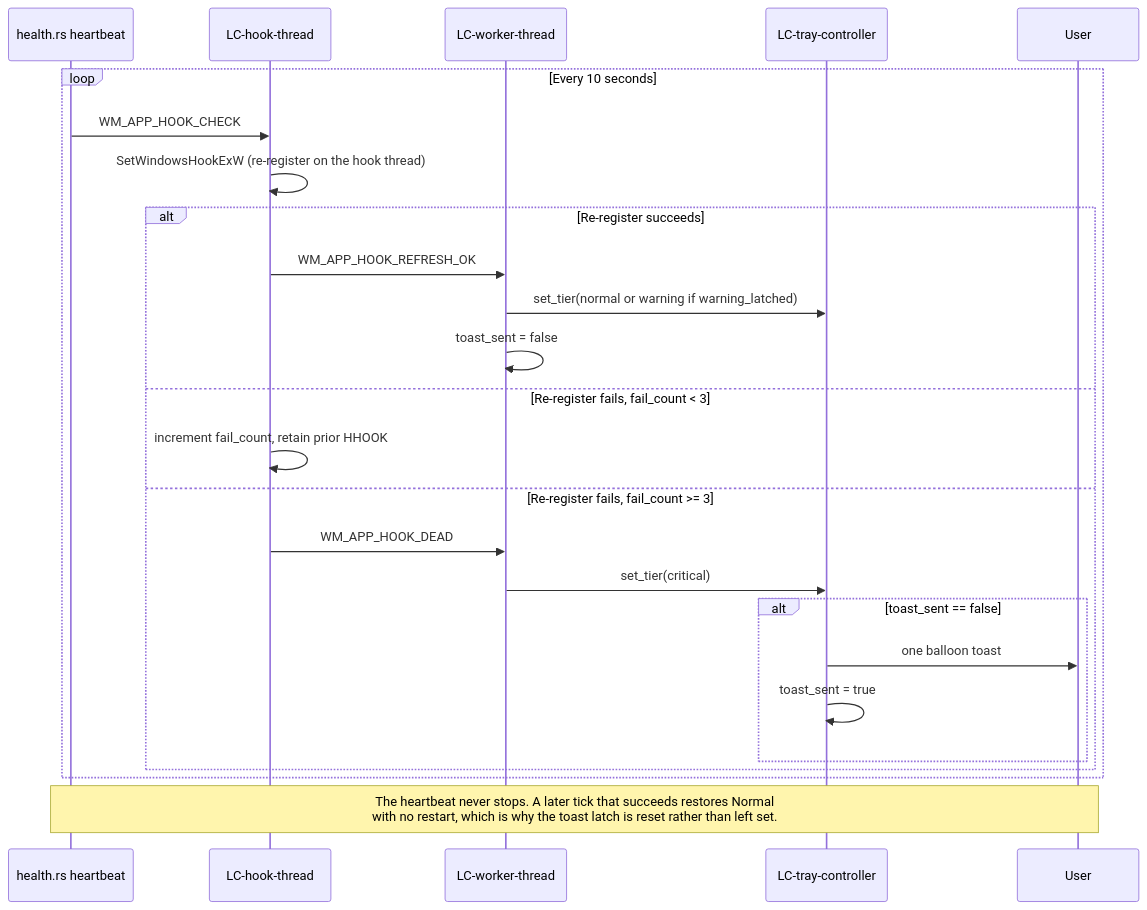
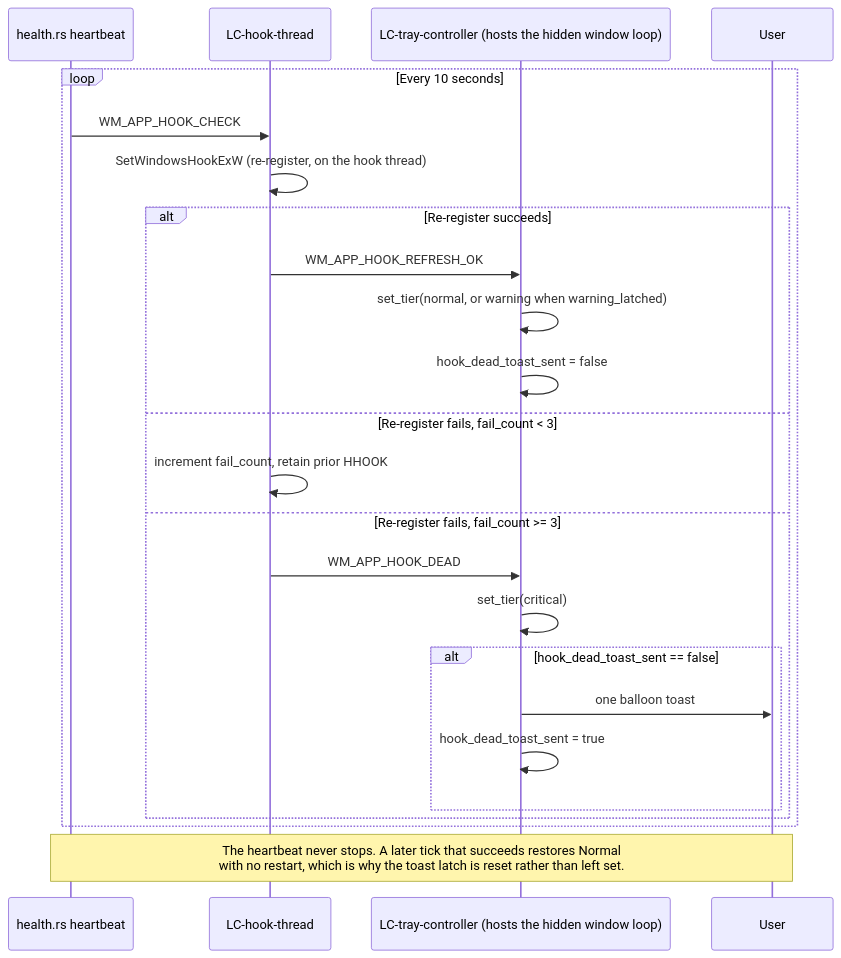
The diagram in .how/window-management/06-flows/flow-hook-death-tier3.md (wiradigitalid/wira-desk), drawn with Mermaid before and after one commit. The commit also changed 1 other file, not shown here.

Commit message:
fix(corpus): route the hook health messages to the actor that handles them
The re-review after the previous round caught one I had left standing and one I
had introduced: the Tier-3 flow and the recovery scenario both had the hook
thread posting WM_APP_HOOK_DEAD and WM_APP_HOOK_REFRESH_OK to the worker, and
the worker driving the tray. tray.rs owns the hidden window's message loop and
handles both messages there; the SDD's own dependency diagram already said so.
The code's variable is named worker_hwnd, which is where the confusion came from.

````diff
--- a/.how/window-management/06-flows/flow-hook-death-tier3.md
+++ b/.how/window-management/06-flows/flow-hook-death-tier3.md
@@ -8,28 +8,27 @@
 ```mermaid
 sequenceDiagram
     participant Health as health.rs heartbeat
     participant Hook as LC-hook-thread
-    participant Worker as LC-worker-thread
-    participant Tray as LC-tray-controller
+    participant Tray as LC-tray-controller (hosts the hidden window loop)
     participant User
 
     loop Every 10 seconds
         Health->>Hook: WM_APP_HOOK_CHECK
-        Hook->>Hook: SetWindowsHookExW (re-register on the hook thread)
+        Hook->>Hook: SetWindowsHookExW (re-register, on the hook thread)
         alt Re-register succeeds
-            Hook->>Worker: WM_APP_HOOK_REFRESH_OK
-            Worker->>Tray: set_tier(normal or warning if warning_latched)
-            Worker->>Worker: toast_sent = false
+            Hook->>Tray: WM_APP_HOOK_REFRESH_OK
+            Tray->>Tray: set_tier(normal, or warning when warning_latched)
+            Tray->>Tray: hook_dead_toast_sent = false
         else Re-register fails, fail_count < 3
             Hook->>Hook: increment fail_count, retain prior HHOOK
         else Re-register fails, fail_count >= 3
-            Hook->>Worker: WM_APP_HOOK_DEAD
-            Worker->>Tray: set_tier(critical)
-            alt toast_sent == false
+            Hook->>Tray: WM_APP_HOOK_DEAD
+            Tray->>Tray: set_tier(critical)
+            alt hook_dead_toast_sent == false
                 Tray->>User: one balloon toast
-                Tray->>Tray: toast_sent = true
+                Tray->>Tray: hook_dead_toast_sent = true
             end
         end
     end
     Note over Health,User: The heartbeat never stops. A later tick that succeeds restores Normal<br/>with no restart, which is why the toast latch is reset rather than left set.
 ```
````
